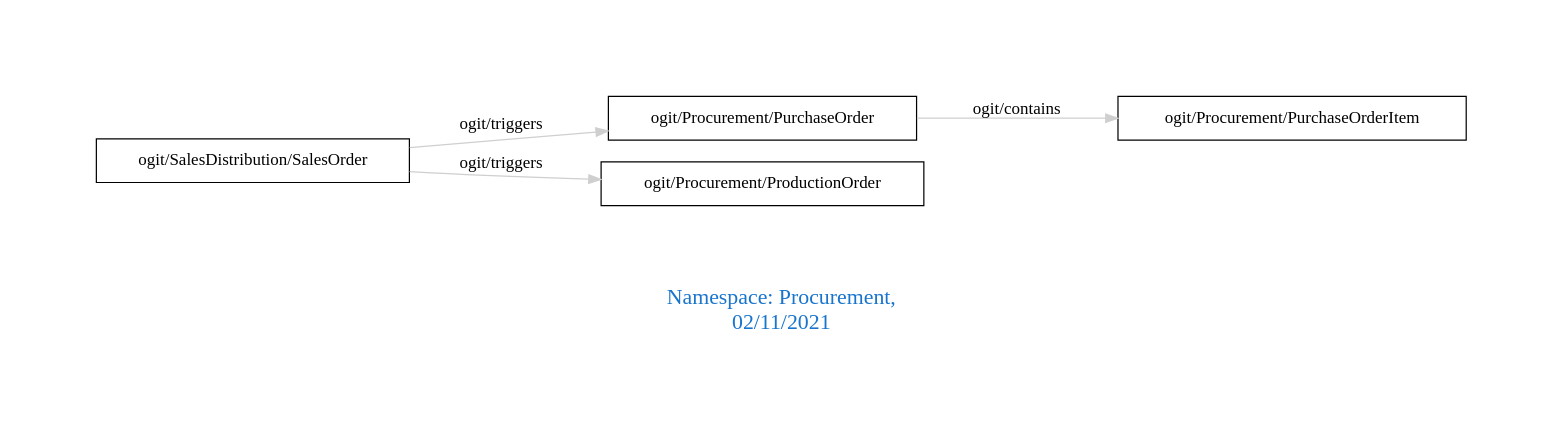
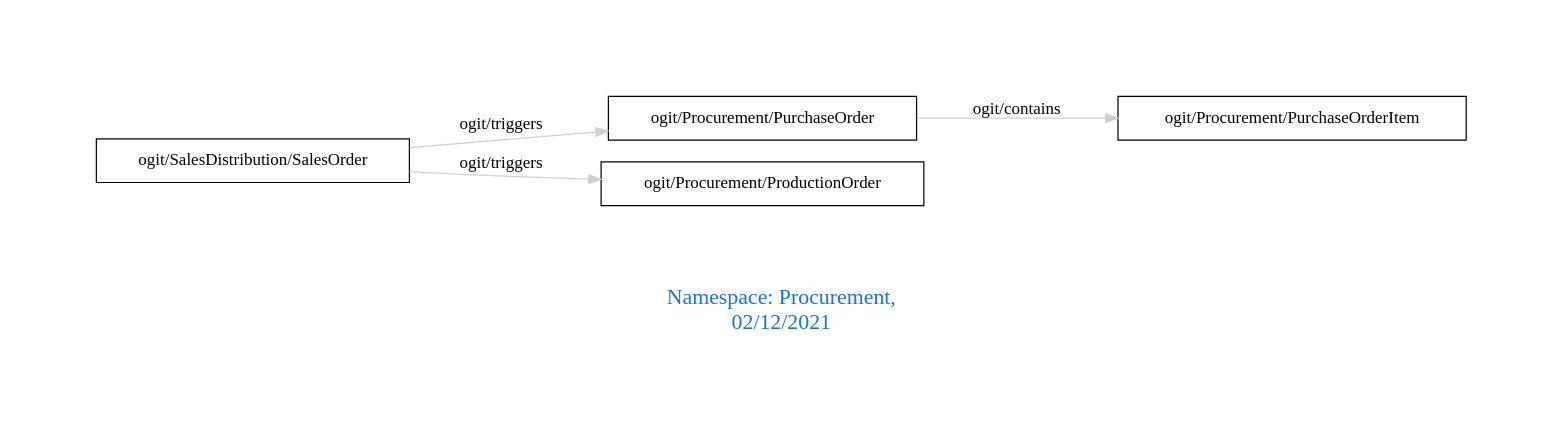
One commit to arago/OGIT changed the diagram in downloads/Procurement.dot. Above: the diagram before and after it, drawn with Graphviz. The commit also changed 1844 other files, not shown here.

```diff
--- a/downloads/Procurement.dot
+++ b/downloads/Procurement.dot
@@ -1,11 +1,11 @@
 digraph OGIT_ontology {
  graph [ rankdir= LR,pad=1 
 fontsize = 18,
-fontcolor= dodgerblue3,label = "\n\n\nNamespace: Procurement, \n 02/11/2021"];
+fontcolor= dodgerblue3,label = "\n\n\nNamespace: Procurement, \n 02/12/2021"];
 node[shape=polygon];
 edge [  color="gray81"];
 
    "ogit/Procurement/PurchaseOrder" -> "ogit/Procurement/PurchaseOrderItem" [label="   ogit/contains    "];
    "ogit/SalesDistribution/SalesOrder" -> "ogit/Procurement/ProductionOrder" [label="   ogit/triggers    "];
    "ogit/SalesDistribution/SalesOrder" -> "ogit/Procurement/PurchaseOrder" [label="   ogit/triggers    "];
 }
```
